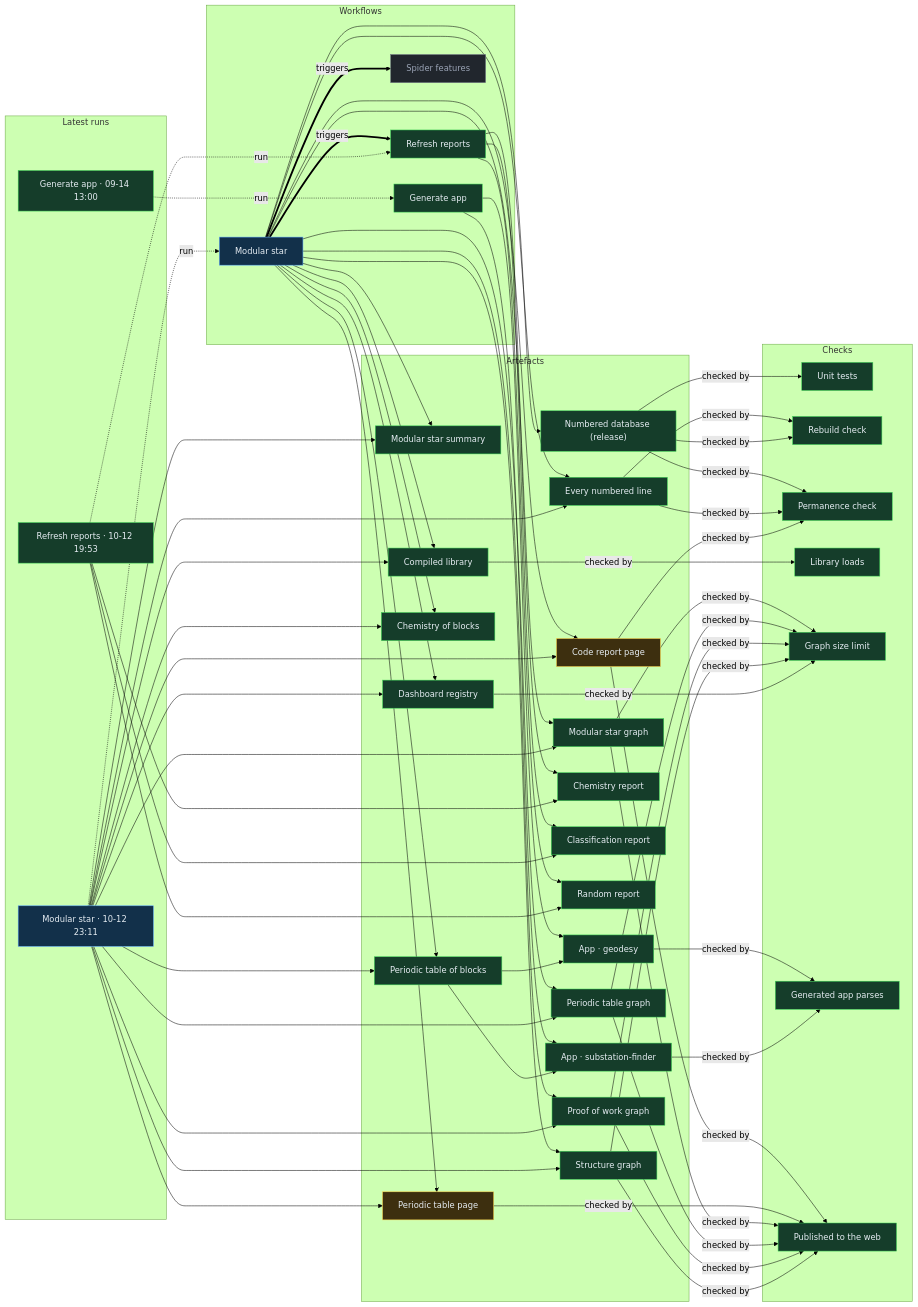
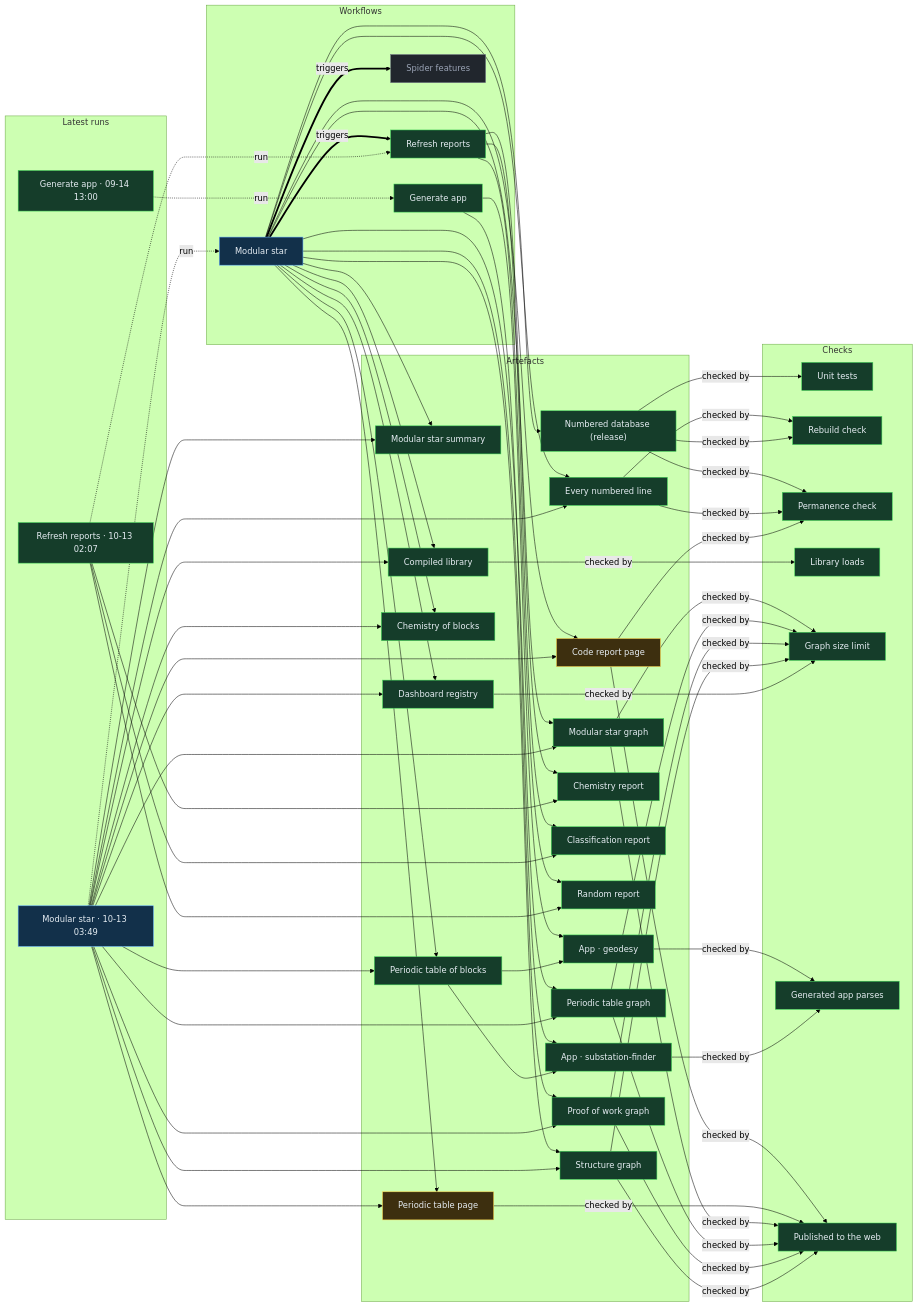
The diagram in proof/PROOF.md (Ventusltd/stars), drawn with Mermaid (forest theme) before and after one commit. The commit also changed other lines of this file and 43 other files, not shown here.

Commit message:
Modular star 2026-10-13T03:52Z

```diff
--- a/proof/PROOF.md
+++ b/proof/PROOF.md
@@ -24,8 +24,8 @@
   n_wf_spider_features["Spider features"]:::off
   end
   subgraph g_runs["Latest runs"]
-  n_run_38320833153["Modular star · 10-12 23:11"]:::live
-  n_run_38300598444["Refresh reports · 10-12 19:53"]:::ok
+  n_run_38343523193["Modular star · 10-13 03:49"]:::live
+  n_run_38335389754["Refresh reports · 10-13 02:07"]:::ok
   n_run_34846587798["Generate app · 09-14 13:00"]:::ok
   end
   subgraph g_artefacts["Artefacts"]
@@ -59,39 +59,39 @@
   end
   n_wf_modular_star == triggers ==> n_wf_refresh
   n_wf_modular_star == triggers ==> n_wf_spider_features
-  n_run_38320833153 -. run .-> n_wf_modular_star
-  n_run_38300598444 -. run .-> n_wf_refresh
+  n_run_38343523193 -. run .-> n_wf_modular_star
+  n_run_38335389754 -. run .-> n_wf_refresh
   n_run_34846587798 -. run .-> n_wf_generate
   n_wf_modular_star --> n_art_summary
-  n_run_38320833153 --> n_art_summary
+  n_run_38343523193 --> n_art_summary
   n_wf_modular_star --> n_art_lines
-  n_run_38320833153 --> n_art_lines
+  n_run_38343523193 --> n_art_lines
   n_wf_modular_star --> n_art_code
-  n_run_38320833153 --> n_art_code
+  n_run_38343523193 --> n_art_code
   n_wf_modular_star --> n_art_modular_graph
-  n_run_38320833153 --> n_art_modular_graph
+  n_run_38343523193 --> n_art_modular_graph
   n_wf_modular_star --> n_art_blocks
-  n_run_38320833153 --> n_art_blocks
+  n_run_38343523193 --> n_art_blocks
   n_wf_modular_star --> n_art_table
-  n_run_38320833153 --> n_art_table
+  n_run_38343523193 --> n_art_table
   n_wf_modular_star --> n_art_blocks_graph
-  n_run_38320833153 --> n_art_blocks_graph
+  n_run_38343523193 --> n_art_blocks_graph
   n_wf_modular_star --> n_art_reactions
-  n_run_38320833153 --> n_art_reactions
+  n_run_38343523193 --> n_art_reactions
   n_wf_modular_star --> n_art_library
-  n_run_38320833153 --> n_art_library
+  n_run_38343523193 --> n_art_library
   n_wf_modular_star --> n_art_features
-  n_run_38320833153 --> n_art_features
+  n_run_38343523193 --> n_art_features
   n_wf_modular_star --> n_art_proof
-  n_run_38320833153 --> n_art_proof
+  n_run_38343523193 --> n_art_proof
   n_wf_modular_star --> n_art_structure
-  n_run_38320833153 --> n_art_structure
+  n_run_38343523193 --> n_art_structure
   n_wf_refresh --> n_art_chemistry
-  n_run_38300598444 --> n_art_chemistry
+  n_run_38335389754 --> n_art_chemistry
   n_wf_refresh --> n_art_vedic
-  n_run_38300598444 --> n_art_vedic
+  n_run_38335389754 --> n_art_vedic
   n_wf_refresh --> n_art_random
-  n_run_38300598444 --> n_art_random
+  n_run_38335389754 --> n_art_random
   n_wf_modular_star --> n_art_release
   n_wf_generate --> n_app_geodesy
   n_art_blocks --> n_app_geodesy
```
